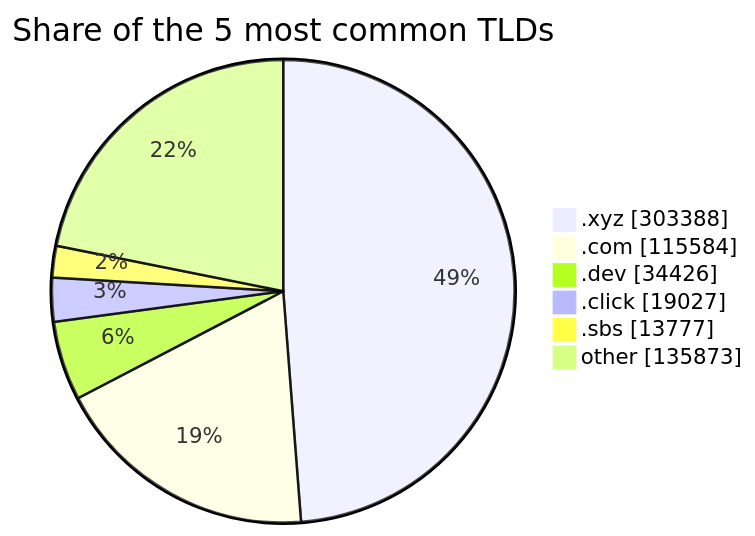
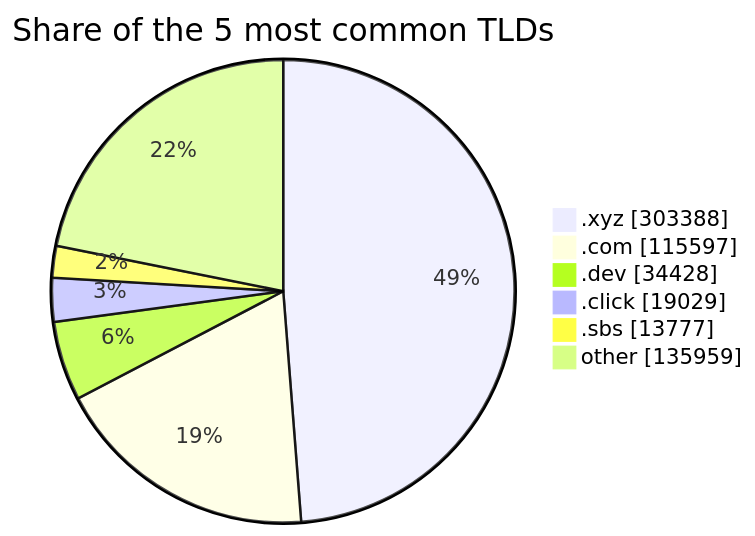
One commit to DNSBunker/CTI changed the third of 3 diagrams in README.md. Above: the diagram before and after it, drawn with Mermaid. The commit also changed other lines of this file and 3 other files, not shown here.

````diff
--- a/README.md
+++ b/README.md
@@ -81,9 +81,9 @@
 ```mermaid
 pie showData title Share of the 5 most common TLDs
     ".xyz" : 303388
-    ".com" : 115584
-    ".dev" : 34426
-    ".click" : 19027
+    ".com" : 115597
+    ".dev" : 34428
+    ".click" : 19029
     ".sbs" : 13777
-    "other" : 135873
+    "other" : 135959
 ```
````
